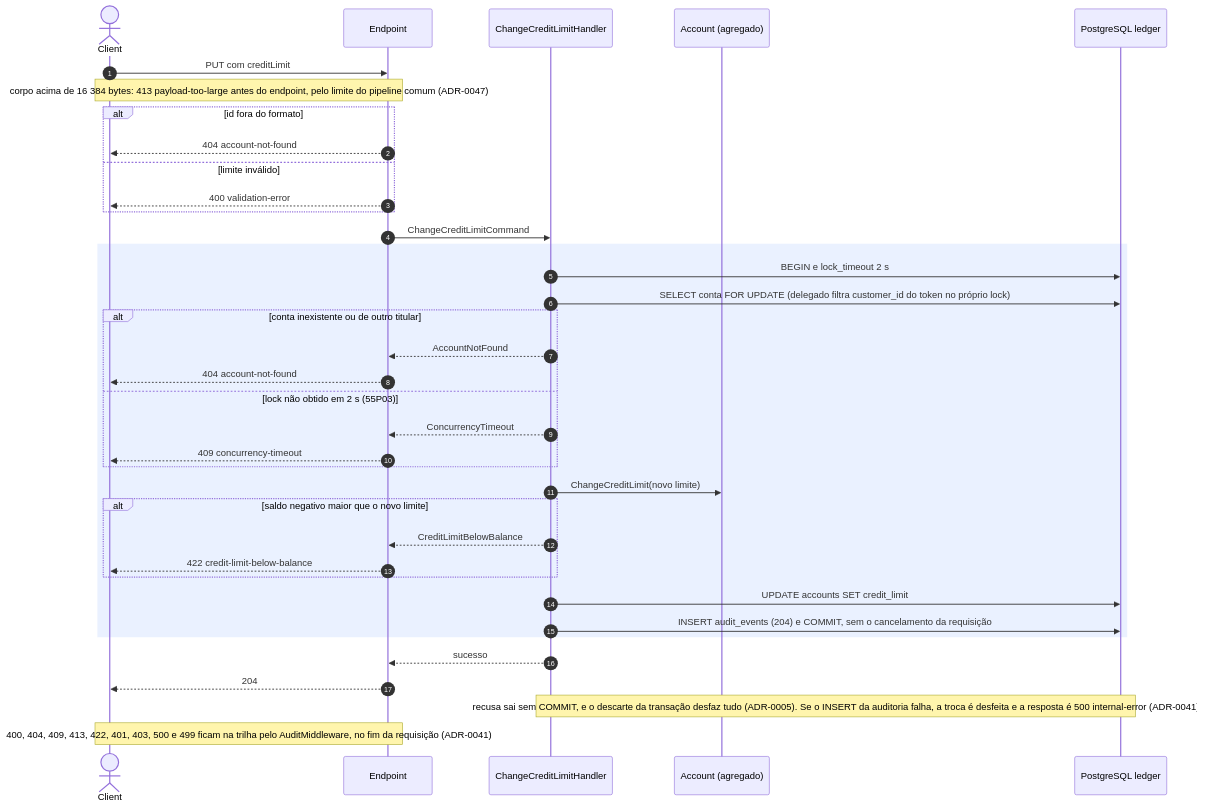
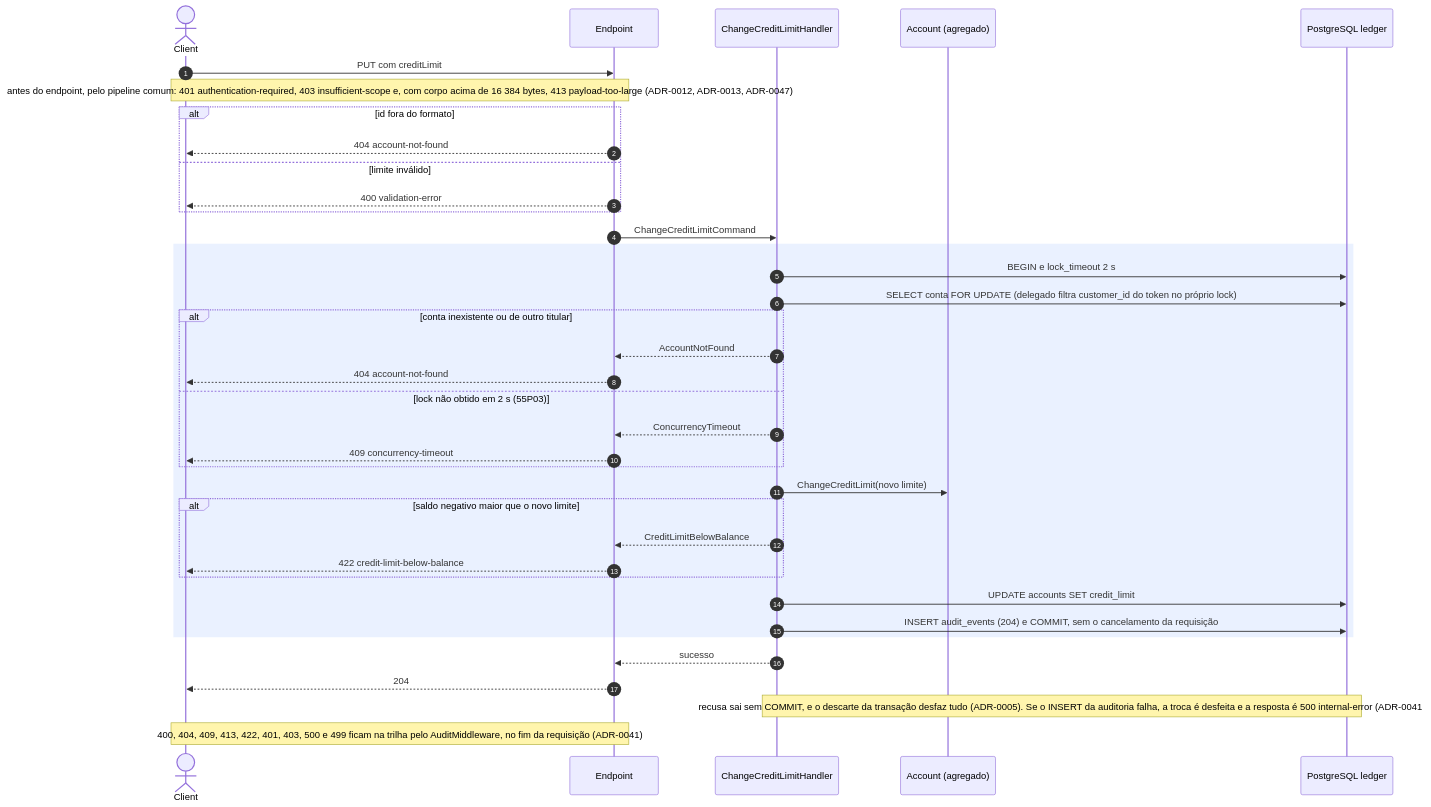
One commit to arthuurw/desafio-arquiteto-keyrus changed the fourth of 8 diagrams in docs/arquitetura/fluxos-ledger.md. Above: the diagram before and after it, drawn with Mermaid. The commit also changed other lines of this file and 2 other files, not shown here.

First line of the commit message:
docs: draw each flow as the code at HEAD runs it

````diff
--- a/docs/arquitetura/fluxos-ledger.md
+++ b/docs/arquitetura/fluxos-ledger.md
@@ -172,40 +172,40 @@
 ```mermaid
 sequenceDiagram
   autonumber
   actor C as Client
   participant E as Endpoint
   participant H as ChangeCreditLimitHandler
   participant A as Account (agregado)
   participant DB as PostgreSQL ledger
 
   C->>E: PUT com creditLimit
-  Note over C,E: corpo acima de 16 384 bytes: 413 payload-too-large antes do endpoint, pelo limite do pipeline comum (ADR-0047)
+  Note over C,E: antes do endpoint, pelo pipeline comum: 401 authentication-required, 403 insufficient-scope e, com corpo acima de 16 384 bytes, 413 payload-too-large (ADR-0012, ADR-0013, ADR-0047)
   alt id fora do formato
     E-->>C: 404 account-not-found
   else limite inválido
     E-->>C: 400 validation-error
   end
   E->>H: ChangeCreditLimitCommand
   rect rgba(80, 140, 255, 0.12)
     H->>DB: BEGIN e lock_timeout 2 s
     H->>DB: SELECT conta FOR UPDATE (delegado filtra customer_id do token no próprio lock)
     alt conta inexistente ou de outro titular
       H-->>E: AccountNotFound
       E-->>C: 404 account-not-found
     else lock não obtido em 2 s (55P03)
       H-->>E: ConcurrencyTimeout
       E-->>C: 409 concurrency-timeout
     end
     H->>A: ChangeCreditLimit(novo limite)
     alt saldo negativo maior que o novo limite
       H-->>E: CreditLimitBelowBalance
       E-->>C: 422 credit-limit-below-balance
     end
     H->>DB: UPDATE accounts SET credit_limit
     H->>DB: INSERT audit_events (204) e COMMIT, sem o cancelamento da requisição
   end
   H-->>E: sucesso
   E-->>C: 204
   Note over H,DB: recusa sai sem COMMIT, e o descarte da transação desfaz tudo (ADR-0005). Se o INSERT da auditoria falha, a troca é desfeita e a resposta é 500 internal-error (ADR-0041)
   Note over C,E: 400, 404, 409, 413, 422, 401, 403, 500 e 499 ficam na trilha pelo AuditMiddleware, no fim da requisição (ADR-0041)
 ```
````
